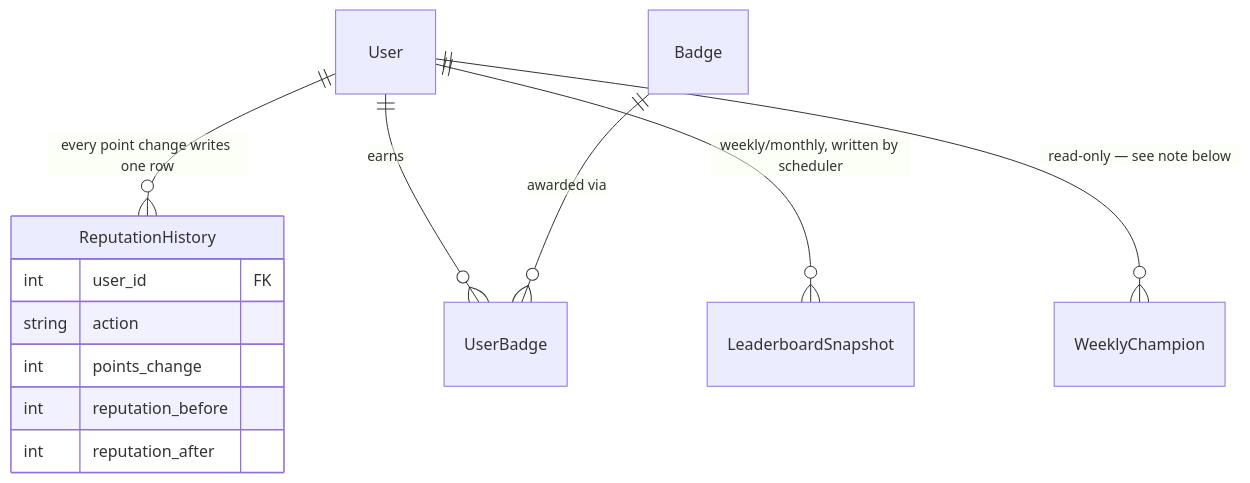
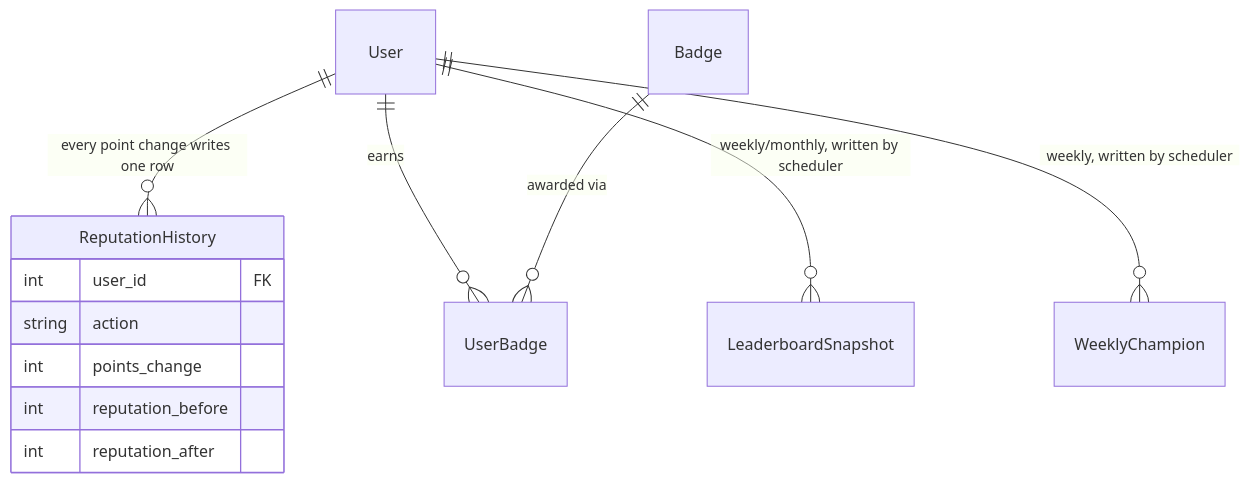
The seventh of 14 diagrams in ARCHITECTURE.md (Devpaul-01/StudyHub), drawn with Mermaid before and after one commit. The commit also changed other lines of this file and 3 other files, not shown here.

````diff
--- a/ARCHITECTURE.md
+++ b/ARCHITECTURE.md
@@ -273,16 +273,16 @@
 ```mermaid
 erDiagram
     User ||--o{ ReputationHistory : "every point change writes one row"
     User ||--o{ UserBadge : earns
     Badge ||--o{ UserBadge : "awarded via"
     User ||--o{ LeaderboardSnapshot : "weekly/monthly, written by scheduler"
-    User ||--o{ WeeklyChampion : "read-only — see note below"
+    User ||--o{ WeeklyChampion : "weekly, written by scheduler"
 
     ReputationHistory {
         int user_id FK
         string action
         int points_change
         int reputation_before
         int reputation_after
     }
 ```
````
